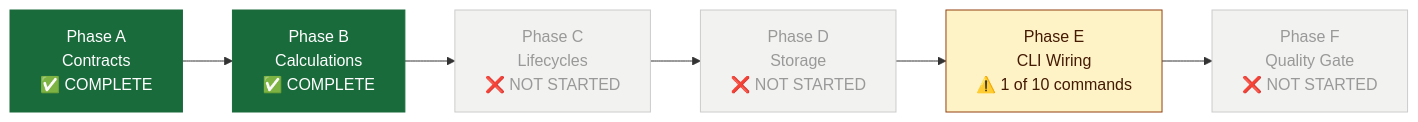
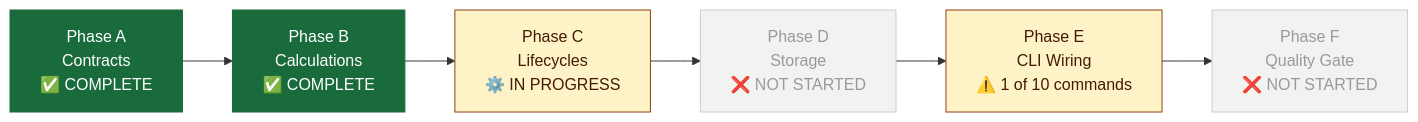
Before and after one commit to MoaminShikha/student-expense-tracker: the third of 13 diagrams in Docs/stage1_implementation_status.md, drawn with Mermaid. The commit also changed other lines of this file and 5 other files, not shown here.

````diff
--- a/Docs/stage1_implementation_status.md
+++ b/Docs/stage1_implementation_status.md
@@ -50,15 +51,15 @@
 ```mermaid
 graph LR
     A["Phase A\nContracts\n✅ COMPLETE"]:::done
     B["Phase B\nCalculations\n✅ COMPLETE"]:::done
-    C["Phase C\nLifecycles\n❌ NOT STARTED"]:::todo
+    C["Phase C\nLifecycles\n⚙️ IN PROGRESS"]:::partial
     D["Phase D\nStorage\n❌ NOT STARTED"]:::todo
     E["Phase E\nCLI Wiring\n⚠️ 1 of 10 commands"]:::partial
     F["Phase F\nQuality Gate\n❌ NOT STARTED"]:::todo
 
     A --> B --> C --> D --> E --> F
 
     classDef done fill:#1a6b3c,stroke:#1a6b3c,color:#fff
     classDef todo fill:#f2f2f0,stroke:#ccc,color:#999
     classDef partial fill:#fef3c7,stroke:#92400e,color:#451a03
 ```
````
